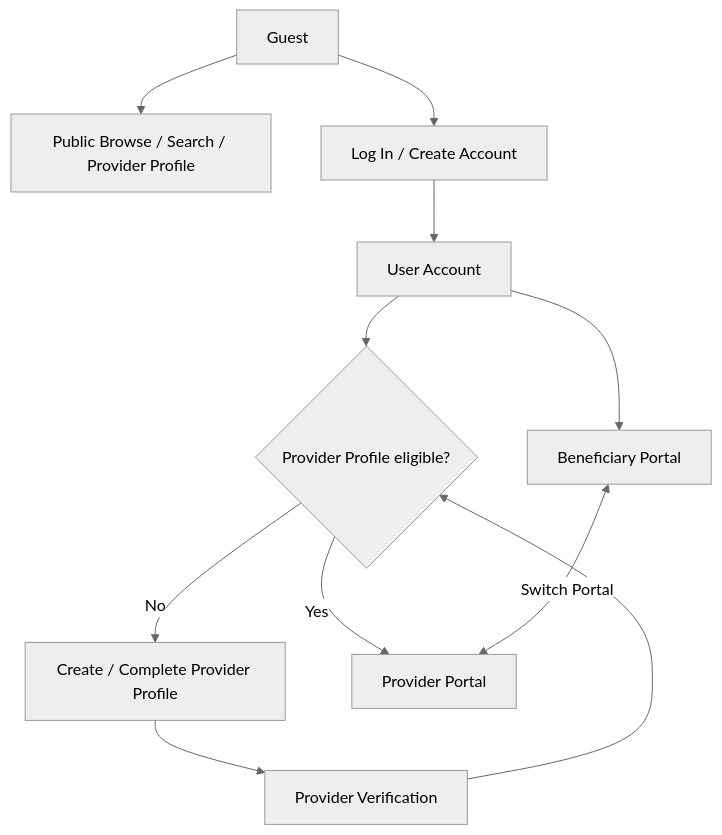
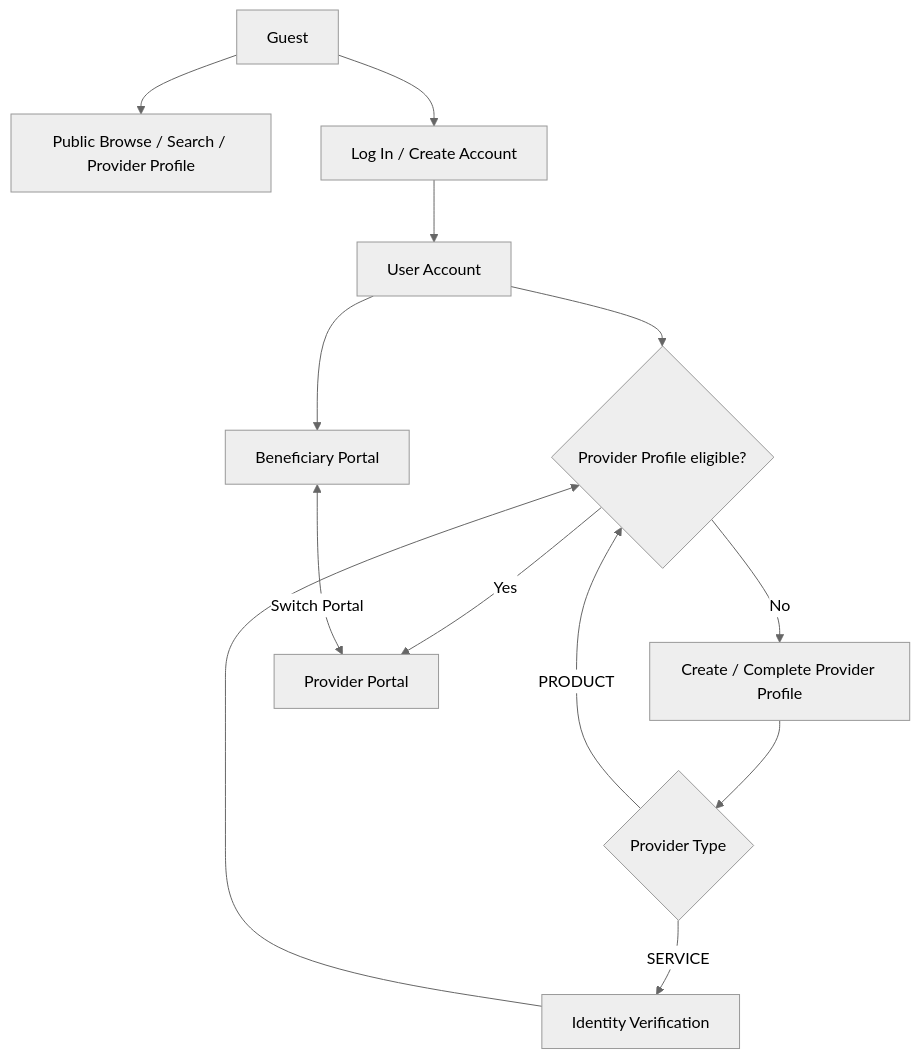
Before and after one commit to Yadd-SanaaUniversityGraduationProject/yadd: the diagram in docs/03-analysis/01-stakeholders.md, drawn with Mermaid (neutral theme). The commit also changed other lines of this file, not shown here.

````diff
--- a/docs/03-analysis/01-stakeholders.md
+++ b/docs/03-analysis/01-stakeholders.md
@@ -32,14 +32,16 @@
 ```mermaid
 flowchart TD
     G[Guest]
     G --> PUB[Public Browse / Search / Provider Profile]
     G --> AUTH[Log In / Create Account]
     AUTH --> U[User Account]
     U --> B[Beneficiary Portal]
     U --> PP{Provider Profile eligible?}
     PP -- No --> CP[Create / Complete Provider Profile]
-    CP --> V[Provider Verification]
+    CP --> T{Provider Type}
+    T -->|SERVICE| V[Identity Verification]
     V --> PP
+    T -->|PRODUCT| PP
     PP -- Yes --> P[Provider Portal]
     B <-->|Switch Portal| P
 ```
````
